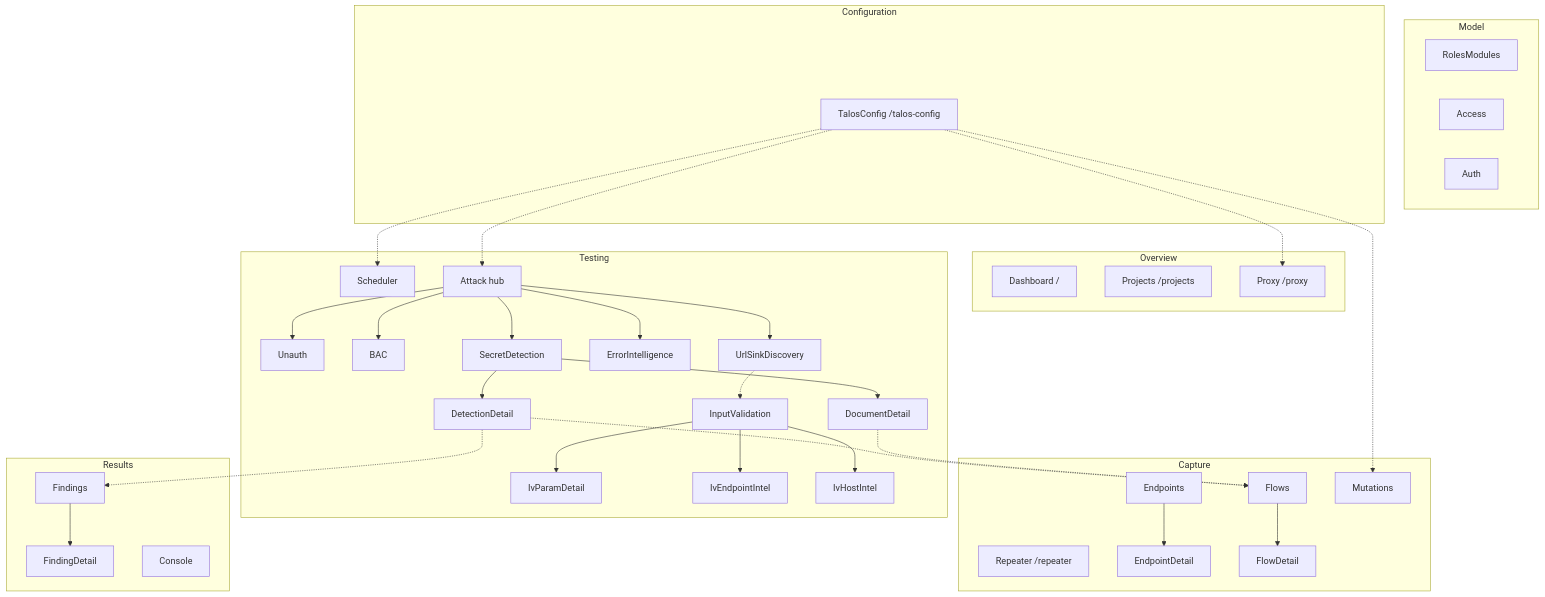
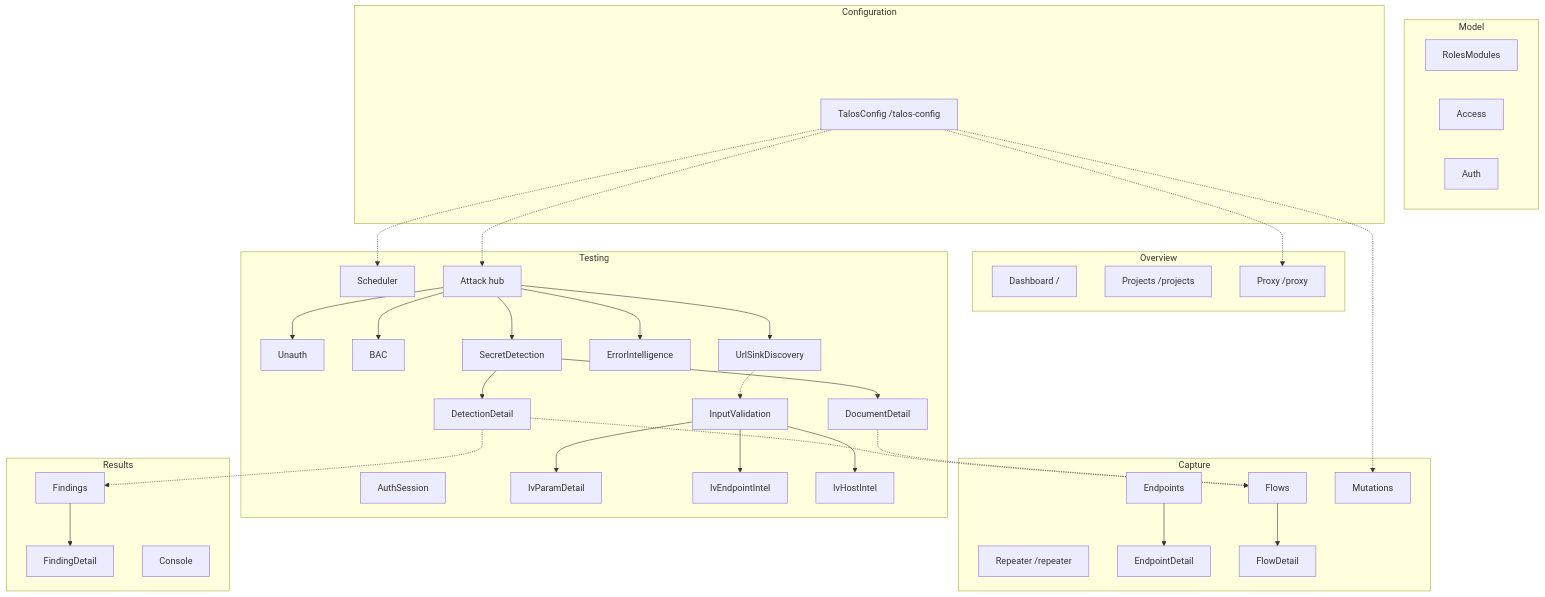
One commit to himanshugupta2077/talos changed the diagram in docs/control-panel/pages.md. Above: the diagram before and after it, drawn with Mermaid. The commit also changed other lines of this file and 25 other files, not shown here.

````diff
--- a/docs/control-panel/pages.md
+++ b/docs/control-panel/pages.md
@@ -5,65 +5,66 @@
 ```mermaid
 flowchart TD
   subgraph overview [Overview]
     D[Dashboard /]
     P[Projects /projects]
     X[Proxy /proxy]
   end
   subgraph model [Model]
     RM[RolesModules]
     A[Access]
     AU[Auth]
   end
   subgraph capture [Capture]
     RP[Repeater /repeater]
     E[Endpoints]
     ED[EndpointDetail]
     F[Flows]
     FD[FlowDetail]
     M[Mutations]
   end
   subgraph testing [Testing]
     S[Scheduler]
     AT[Attack hub]
     ATU[Unauth]
     ATB[BAC]
+    ATAS[AuthSession]
     SI[SecretDetection]
     SID[DetectionDetail]
     SIDO[DocumentDetail]
     EI[ErrorIntelligence]
     US[UrlSinkDiscovery]
     IV[InputValidation]
     IVP[IvParamDetail]
     IVE[IvEndpointIntel]
     IVH[IvHostIntel]
   end
   subgraph configuration [Configuration]
     TC[TalosConfig /talos-config]
   end
   subgraph results [Results]
     FI[Findings]
     FID[FindingDetail]
     C[Console]
   end
   E --> ED
   F --> FD
   FI --> FID
   AT --> ATU
   AT --> ATB
   AT --> SI
   AT --> EI
   AT --> US
   SI --> SID
   SI --> SIDO
   IV --> IVP
   IV --> IVE
   IV --> IVH
   SID -.-> FI
   SID -.-> F
   SIDO -.-> F
   US -.-> IV
   TC -.-> X
   TC -.-> S
   TC -.-> M
   TC -.-> AT
 ```
````
